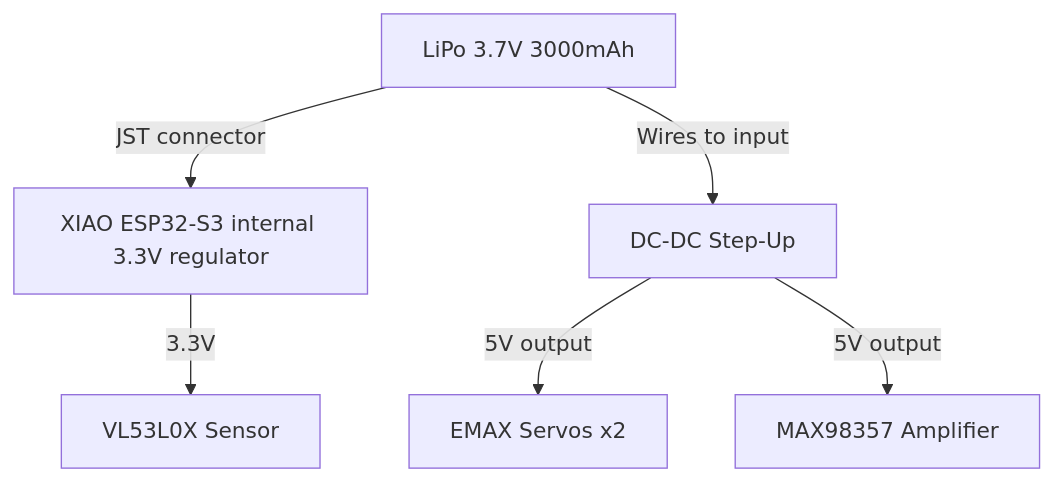
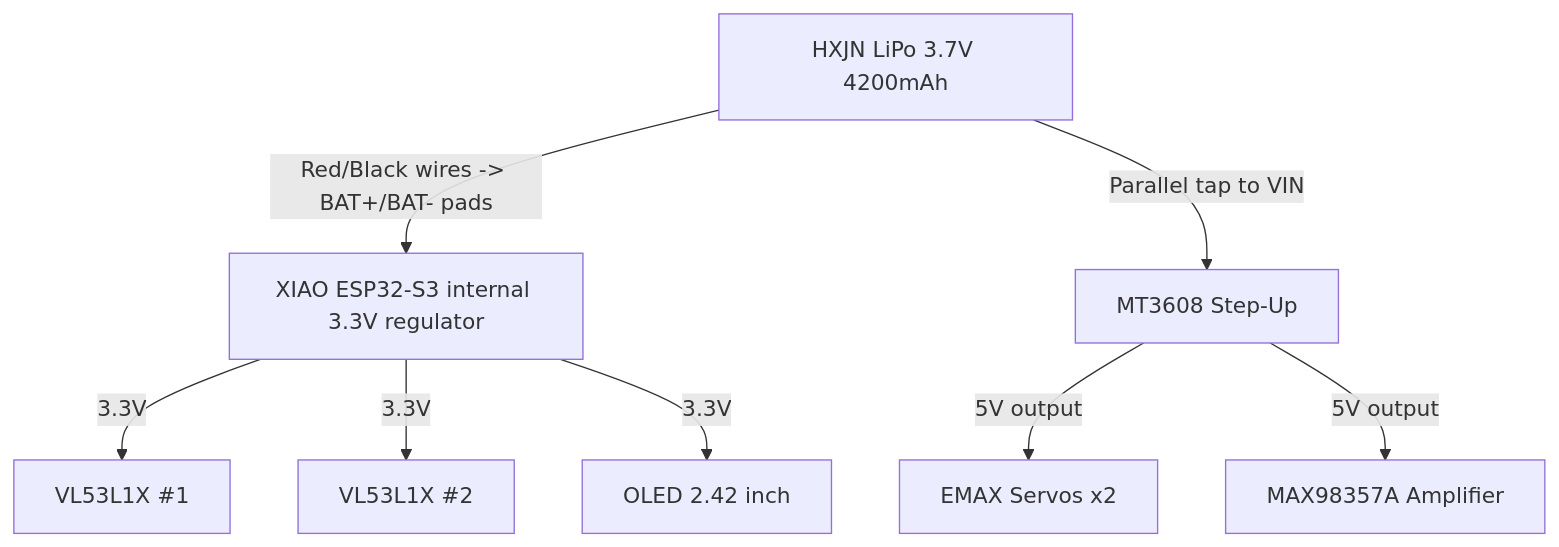
The third of 7 diagrams in PHASE3_MUSCLES.md (zabbix-byte/real-tars), drawn with Mermaid before and after one commit. The commit also changed other lines of this file and 6 other files, not shown here.

````diff
--- a/PHASE3_MUSCLES.md
+++ b/PHASE3_MUSCLES.md
@@ -114,13 +130,15 @@
 ```mermaid
 graph TD
-    BATT["LiPo 3.7V 3000mAh"]
+    BATT["HXJN LiPo 3.7V 4200mAh"]
 
-    BATT -->|"JST connector"| ESP["XIAO ESP32-S3 internal 3.3V regulator"]
+    BATT -->|"Red/Black wires -> BAT+/BAT- pads"| ESP["XIAO ESP32-S3 internal 3.3V regulator"]
 
-    BATT -->|"Wires to input"| STEP["DC-DC Step-Up"]
+    BATT -->|"Parallel tap to VIN"| STEP["MT3608 Step-Up"]
 
     STEP -->|"5V output"| SERVOS["EMAX Servos x2"]
-    STEP -->|"5V output"| AMP["MAX98357 Amplifier"]
+    STEP -->|"5V output"| AMP["MAX98357A Amplifier"]
 
-    ESP -->|"3.3V"| VL["VL53L0X Sensor"]
+    ESP -->|"3.3V"| VL1["VL53L1X #1"]
+    ESP -->|"3.3V"| VL2["VL53L1X #2"]
+    ESP -->|"3.3V"| OLED["OLED 2.42 inch"]
 ```
````
